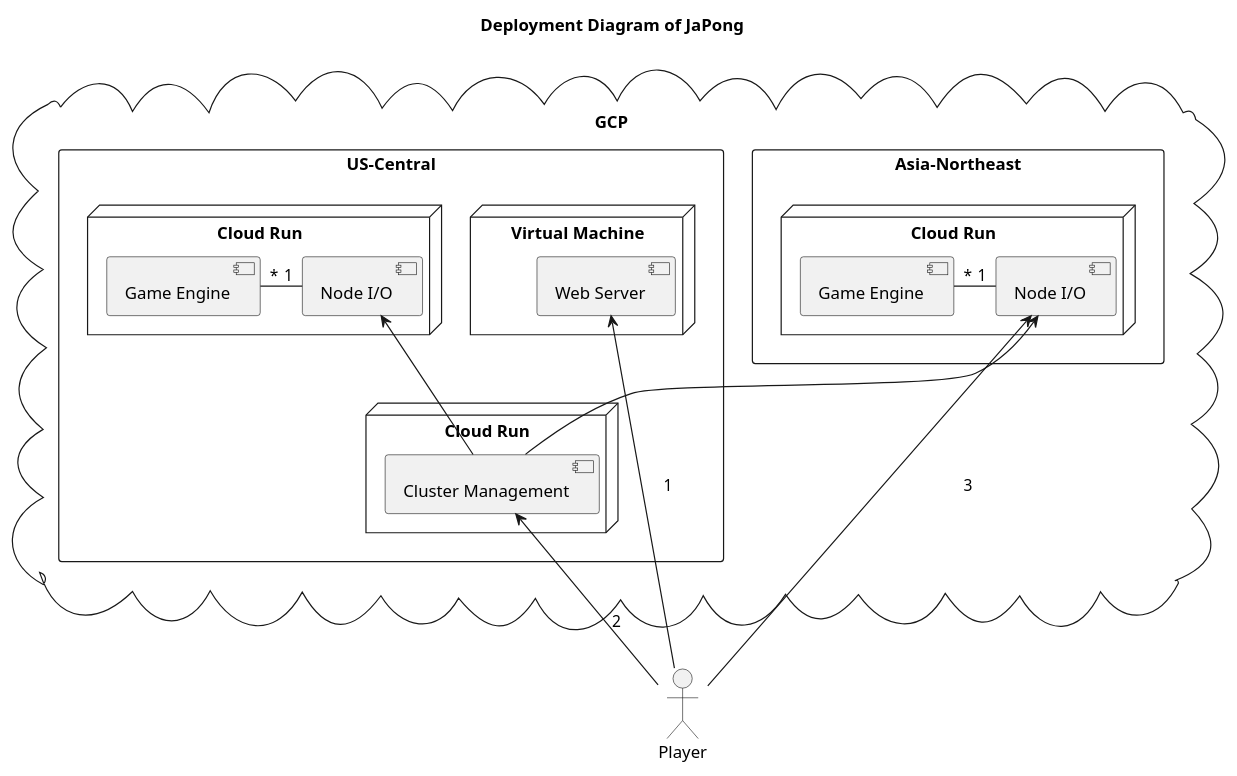
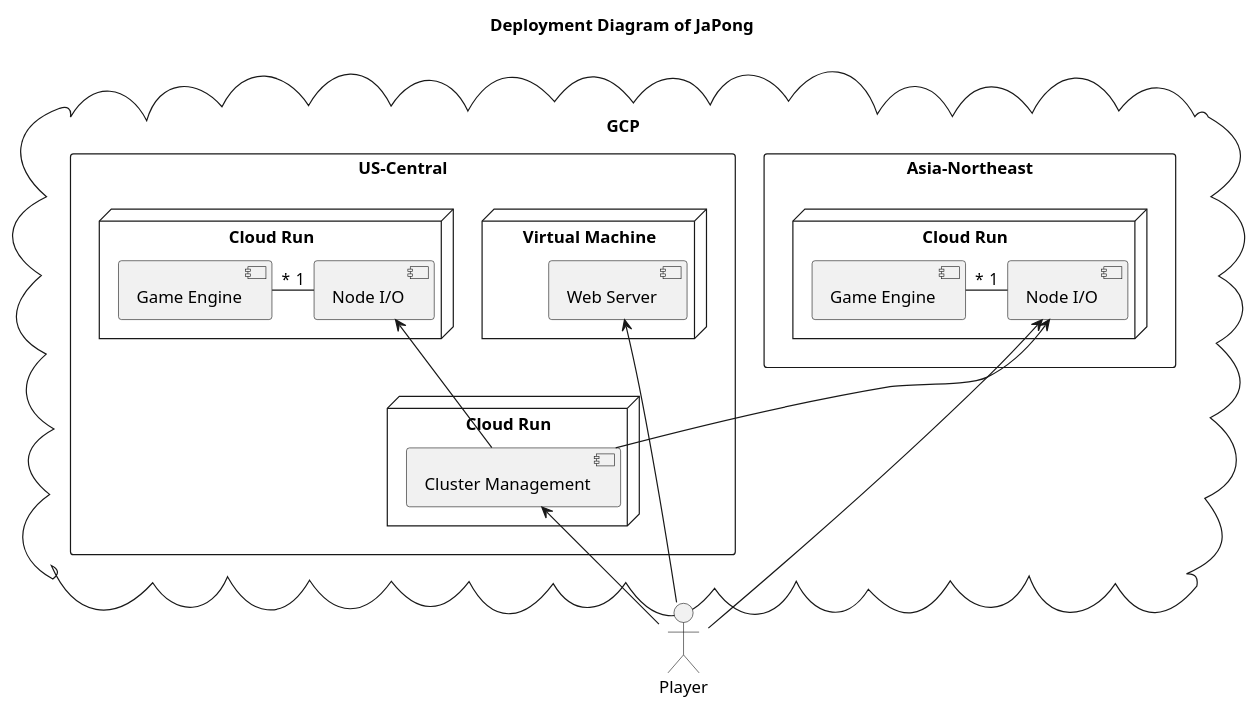
Before and after one commit to uztbt/japong-design: the diagram in uml/deployment.plantuml, drawn with PlantUML. The commit also changed 1 other file, not shown here.

```diff
--- a/uml/deployment.plantuml
+++ b/uml/deployment.plantuml
@@ -1,33 +1,33 @@
 @startuml
 title "Deployment Diagram of JaPong"
 
 actor Player
 cloud "GCP" {
   rectangle "Asia-Northeast" {
     node "Cloud Run" as RunAN {
       component "Node I/O" as NodeIOAN
       component "Game Engine" as GameEngineAN
     }
   }
   rectangle "US-Central" {
     node "Cloud Run" as ClusterManagementNode {
       component "Cluster Management" as ClusterManagement
     }
     node "Cloud Run" as RunUC {
       component "Node I/O" as NodeIOUC
       component "Game Engine" as GameEngineUC
     }
     node "Virtual Machine" {
       component "Web Server" as WebServer
     }
   }
 }
 
-WebServer <-- Player: 1
-ClusterManagement <-- Player: 2
-NodeIOAN <-- Player: 3
+WebServer <-- Player
+ClusterManagement <-- Player
+NodeIOAN <-- Player
 GameEngineAN "*" - "1" NodeIOAN
 GameEngineUC "*" - "1" NodeIOUC
 NodeIOAN <-- ClusterManagement
 NodeIOUC <-- ClusterManagement
 @enduml
```
